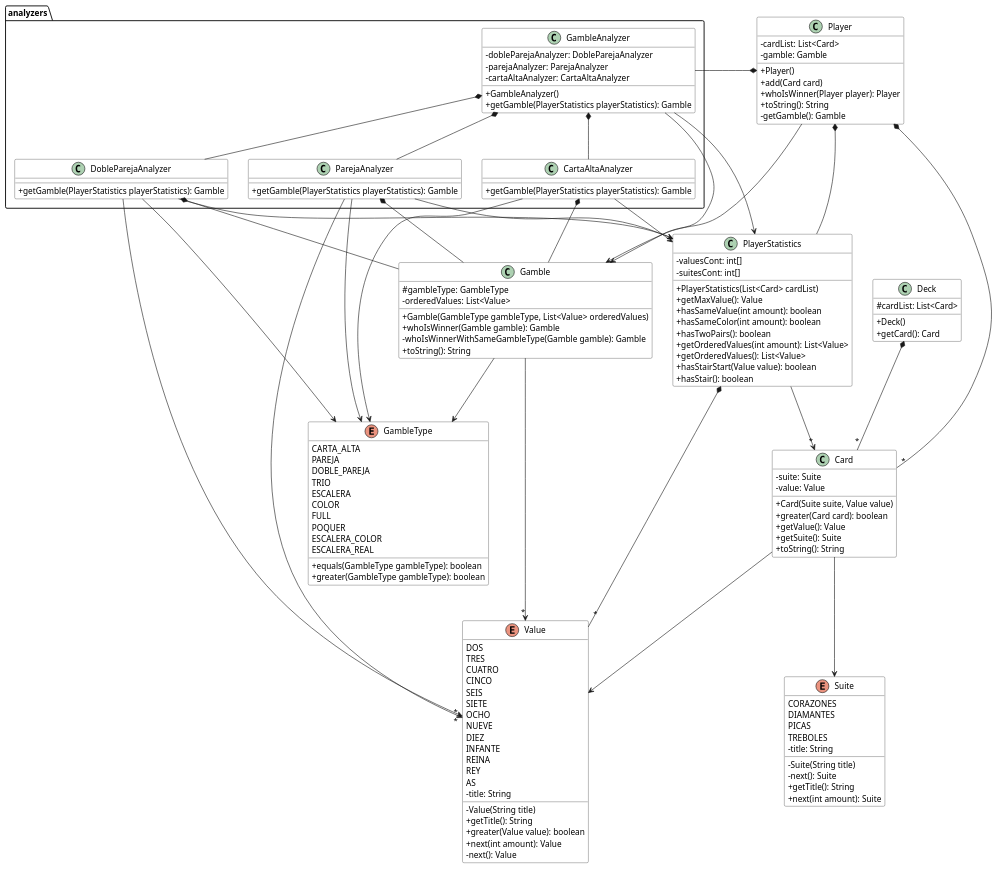
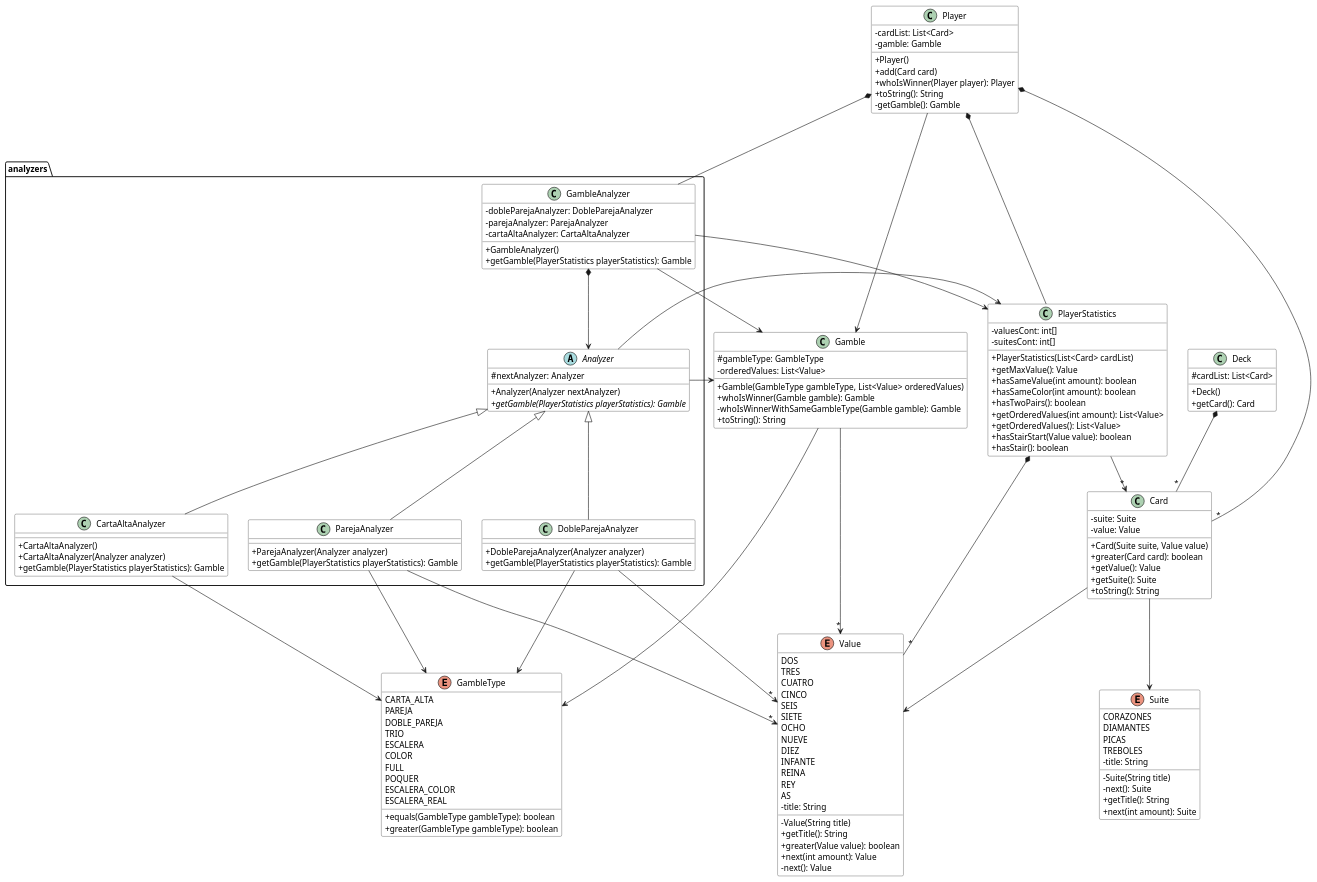
The diagram in docs/pokerClassDiagram.plantuml (mpaulaherrero/refactoring), drawn with PlantUML before and after one commit. The commit also changed 5 other files, not shown here.

```diff
--- a/docs/pokerClassDiagram.plantuml
+++ b/docs/pokerClassDiagram.plantuml
@@ -1,160 +1,169 @@
 @startuml poker
 skinparam ClassBackgroundColor white
 skinparam classAttributeIconSize 0
 show circle
 
 class Deck {
 # cardList: List<Card>
 + Deck()
 + getCard(): Card
 }
 
 class Card {
 - suite: Suite
 - value: Value
 + Card(Suite suite, Value value)
 + greater(Card card): boolean
 + getValue(): Value
 + getSuite(): Suite
 + toString(): String
 }
 
 enum GambleType {
 CARTA_ALTA
 PAREJA
 DOBLE_PAREJA
 TRIO
 ESCALERA
 COLOR
 FULL
 POQUER
 ESCALERA_COLOR
 ESCALERA_REAL
 + equals(GambleType gambleType): boolean
 + greater(GambleType gambleType): boolean
 }
 
 class Player {
 - cardList: List<Card>
 - gamble: Gamble
 + Player()
 + add(Card card)
 + whoIsWinner(Player player): Player
 + toString(): String
 - getGamble(): Gamble
 }
 
 enum Suite {
 CORAZONES
 DIAMANTES
 PICAS
 TREBOLES
 - title: String
 - Suite(String title)
 - next(): Suite
 + getTitle(): String
 + next(int amount): Suite
 }
 
 enum Value{
 DOS
 TRES
 CUATRO
 CINCO
 SEIS
 SIETE
 OCHO
 NUEVE
 DIEZ
 INFANTE
 REINA
 REY
 AS
 - title: String
 - Value(String title)
 + getTitle(): String
 + greater(Value value): boolean
 + next(int amount): Value
 - next(): Value
 }
 
 class Gamble {
 # gambleType: GambleType
 - orderedValues: List<Value>
 + Gamble(GambleType gambleType, List<Value> orderedValues)
 + whoIsWinner(Gamble gamble): Gamble
 - whoIsWinnerWithSameGambleType(Gamble gamble): Gamble
 + toString(): String
 }
 
 class PlayerStatistics {
 - valuesCont: int[]
 - suitesCont: int[]
 + PlayerStatistics(List<Card> cardList)
 + getMaxValue(): Value
 + hasSameValue(int amount): boolean
 + hasSameColor(int amount): boolean
 + hasTwoPairs(): boolean
 + getOrderedValues(int amount): List<Value>
 + getOrderedValues(): List<Value>
 + hasStairStart(Value value): boolean
 + hasStair(): boolean
 }
 
 package analyzers {
+    abstract Analyzer {
+        # nextAnalyzer: Analyzer
+        + Analyzer(Analyzer nextAnalyzer)
+        {abstract} + getGamble(PlayerStatistics playerStatistics): Gamble
+    }
+
     class GambleAnalyzer {
         - dobleParejaAnalyzer: DobleParejaAnalyzer
         - parejaAnalyzer: ParejaAnalyzer
         - cartaAltaAnalyzer: CartaAltaAnalyzer
 	    + GambleAnalyzer()
         + getGamble(PlayerStatistics playerStatistics): Gamble
     }
 
     class CartaAltaAnalyzer {
-    + getGamble(PlayerStatistics playerStatistics): Gamble
+        + CartaAltaAnalyzer()
+        + CartaAltaAnalyzer(Analyzer analyzer)
+        + getGamble(PlayerStatistics playerStatistics): Gamble
     }
     class ParejaAnalyzer {
-    + getGamble(PlayerStatistics playerStatistics): Gamble
+        + ParejaAnalyzer(Analyzer analyzer)
+        + getGamble(PlayerStatistics playerStatistics): Gamble
     }
     class DobleParejaAnalyzer {
-    + getGamble(PlayerStatistics playerStatistics): Gamble
+        + DobleParejaAnalyzer(Analyzer analyzer)
+        + getGamble(PlayerStatistics playerStatistics): Gamble
     }
 }
 
 Deck *-d- "*" Card
 
 Player *-d- "*" Card
-Player -r-> Gamble
-Player *-d- PlayerStatistics
-Player *- GambleAnalyzer
+Player *-d--- GambleAnalyzer
+Player -r---> Gamble
+Player *-d--- PlayerStatistics
 
 PlayerStatistics -d-> "*" Card
 PlayerStatistics *-d- "*" Value
 
 Gamble -d-> GambleType
 Gamble -d-> "*" Value
 
 Card -d-> Value
 Card -d-> Suite
 
-GambleAnalyzer -> Gamble
-GambleAnalyzer -> PlayerStatistics
-GambleAnalyzer *-d- CartaAltaAnalyzer
-GambleAnalyzer *-d- DobleParejaAnalyzer
-GambleAnalyzer *-d- ParejaAnalyzer
+GambleAnalyzer *-d-> Analyzer
+GambleAnalyzer -d-> Gamble
+GambleAnalyzer -d-> PlayerStatistics
 
-CartaAltaAnalyzer -d-> PlayerStatistics
-CartaAltaAnalyzer *-d- Gamble
+Analyzer <|-down- ParejaAnalyzer
+Analyzer <|-down- DobleParejaAnalyzer
+Analyzer <|-down- CartaAltaAnalyzer
+
+Analyzer -r-> Gamble
+Analyzer -r-> PlayerStatistics
+
 CartaAltaAnalyzer -d-> GambleType
 
-DobleParejaAnalyzer -d-> PlayerStatistics
-DobleParejaAnalyzer *-d- Gamble
 DobleParejaAnalyzer -d-> GambleType
 DobleParejaAnalyzer -d-> "*" Value
 
-ParejaAnalyzer -d-> PlayerStatistics
-ParejaAnalyzer *-d- Gamble
 ParejaAnalyzer -d-> GambleType
 ParejaAnalyzer -d-> "*" Value
 
 @enduml
```
